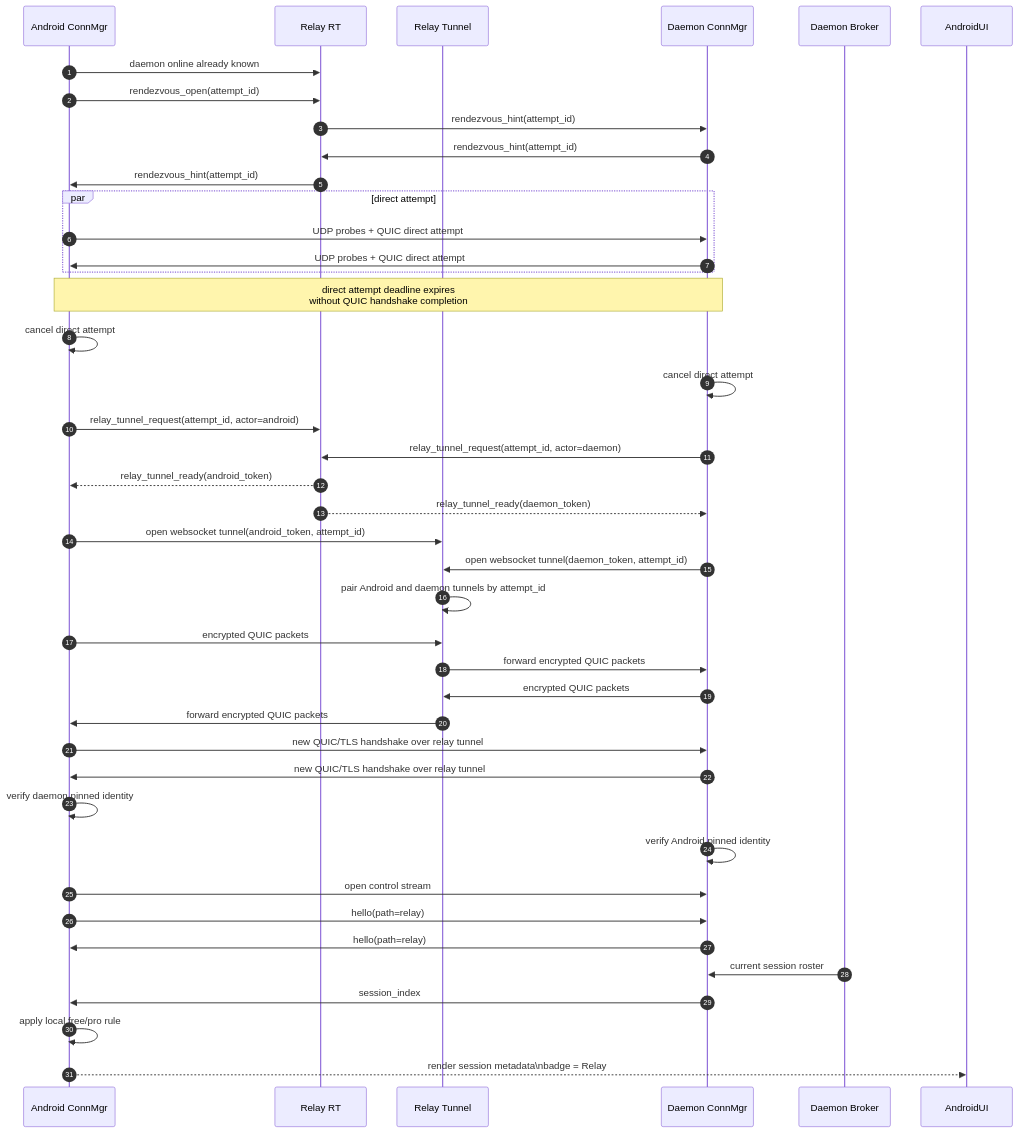
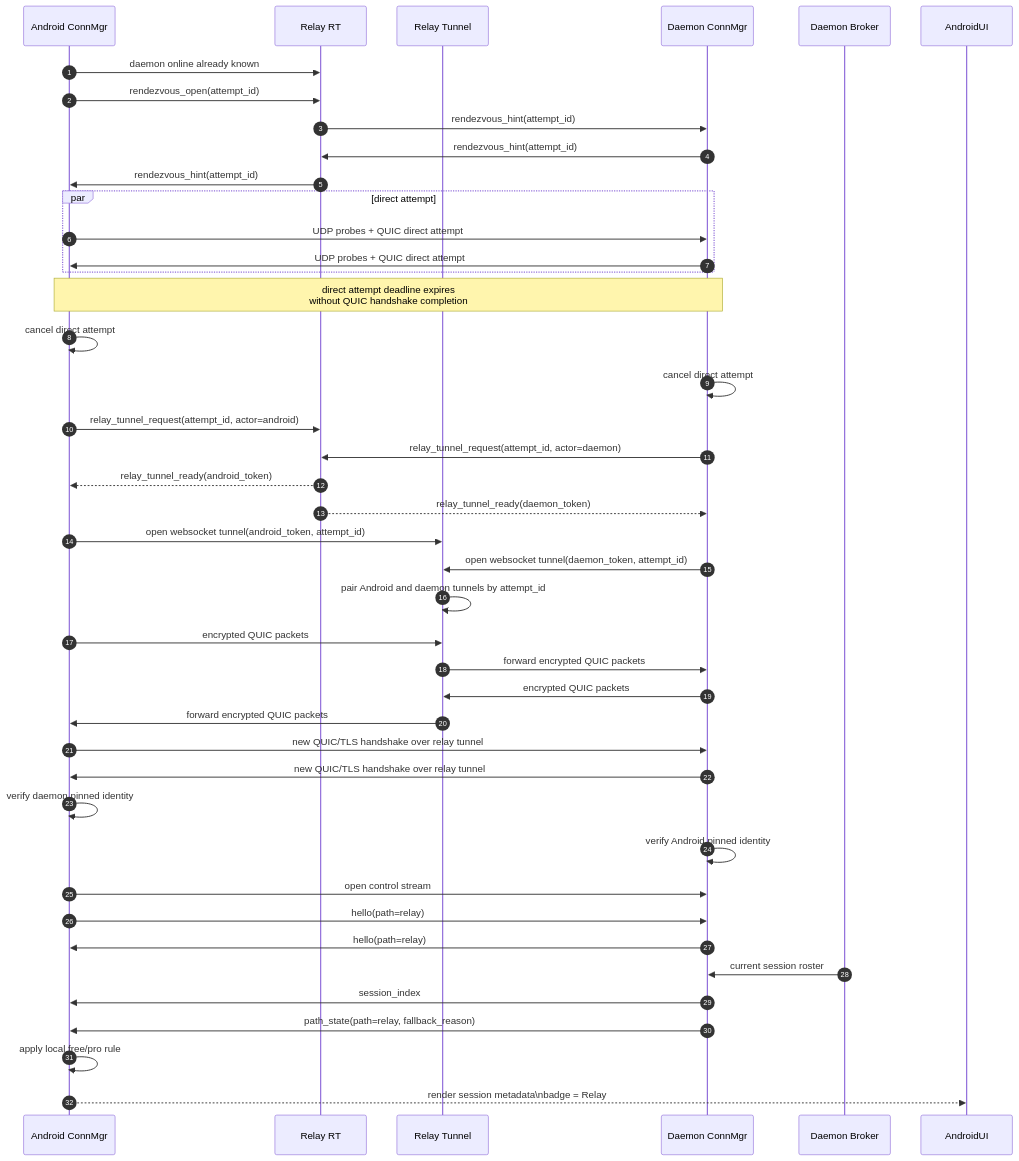
The fourth of 8 diagrams in docs/connectivity/reference/sequence-flows.md (yuanbohan/agent-tunnel), drawn with Mermaid before and after one commit. The commit also changed other lines of this file and 66 other files, not shown here.

````diff
--- a/docs/connectivity/reference/sequence-flows.md
+++ b/docs/connectivity/reference/sequence-flows.md
@@ -168,51 +168,52 @@
 ```mermaid
 sequenceDiagram
     autonumber
     participant AndroidConn as Android ConnMgr
     participant RelayRT as Relay RT
     participant RelayTunnel as Relay Tunnel
     participant DaemonConn as Daemon ConnMgr
     participant DaemonBroker as Daemon Broker
 
     AndroidConn->>RelayRT: daemon online already known
     AndroidConn->>RelayRT: rendezvous_open(attempt_id)
     RelayRT->>DaemonConn: rendezvous_hint(attempt_id)
     DaemonConn->>RelayRT: rendezvous_hint(attempt_id)
     RelayRT->>AndroidConn: rendezvous_hint(attempt_id)
 
     par direct attempt
         AndroidConn->>DaemonConn: UDP probes + QUIC direct attempt
         DaemonConn->>AndroidConn: UDP probes + QUIC direct attempt
     end
 
     Note over AndroidConn,DaemonConn: direct attempt deadline expires<br/>without QUIC handshake completion
     AndroidConn->>AndroidConn: cancel direct attempt
     DaemonConn->>DaemonConn: cancel direct attempt
 
     AndroidConn->>RelayRT: relay_tunnel_request(attempt_id, actor=android)
     DaemonConn->>RelayRT: relay_tunnel_request(attempt_id, actor=daemon)
     RelayRT-->>AndroidConn: relay_tunnel_ready(android_token)
     RelayRT-->>DaemonConn: relay_tunnel_ready(daemon_token)
 
     AndroidConn->>RelayTunnel: open websocket tunnel(android_token, attempt_id)
     DaemonConn->>RelayTunnel: open websocket tunnel(daemon_token, attempt_id)
     RelayTunnel->>RelayTunnel: pair Android and daemon tunnels by attempt_id
 
     AndroidConn->>RelayTunnel: encrypted QUIC packets
     RelayTunnel->>DaemonConn: forward encrypted QUIC packets
     DaemonConn->>RelayTunnel: encrypted QUIC packets
     RelayTunnel->>AndroidConn: forward encrypted QUIC packets
 
     AndroidConn->>DaemonConn: new QUIC/TLS handshake over relay tunnel
     DaemonConn->>AndroidConn: new QUIC/TLS handshake over relay tunnel
     AndroidConn->>AndroidConn: verify daemon pinned identity
     DaemonConn->>DaemonConn: verify Android pinned identity
 
     AndroidConn->>DaemonConn: open control stream
     AndroidConn->>DaemonConn: hello(path=relay)
     DaemonConn->>AndroidConn: hello(path=relay)
     DaemonBroker->>DaemonConn: current session roster
     DaemonConn->>AndroidConn: session_index
+    DaemonConn->>AndroidConn: path_state(path=relay, fallback_reason)
     AndroidConn->>AndroidConn: apply local free/pro rule
     AndroidConn-->>AndroidUI: render session metadata\nbadge = Relay
 ```
````
